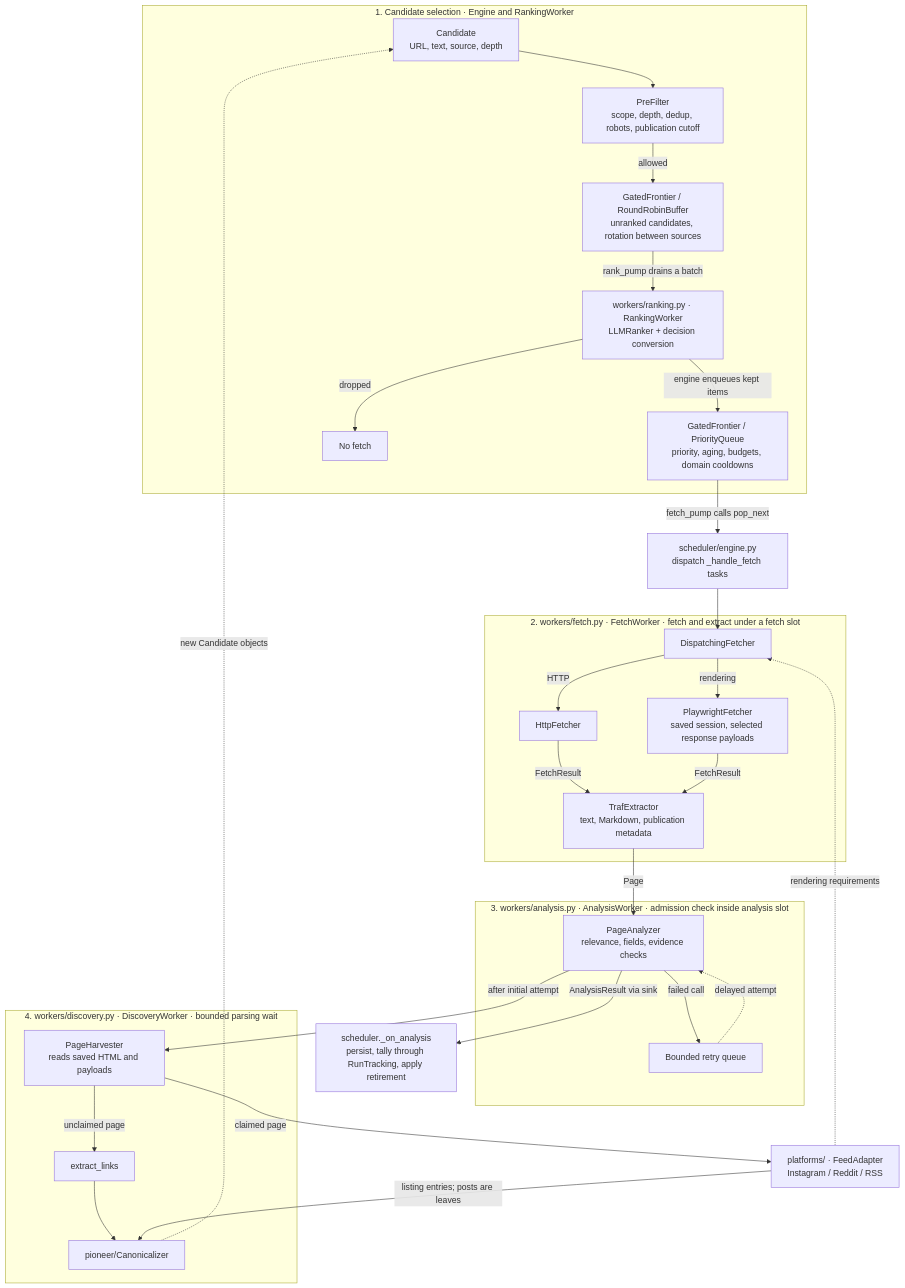
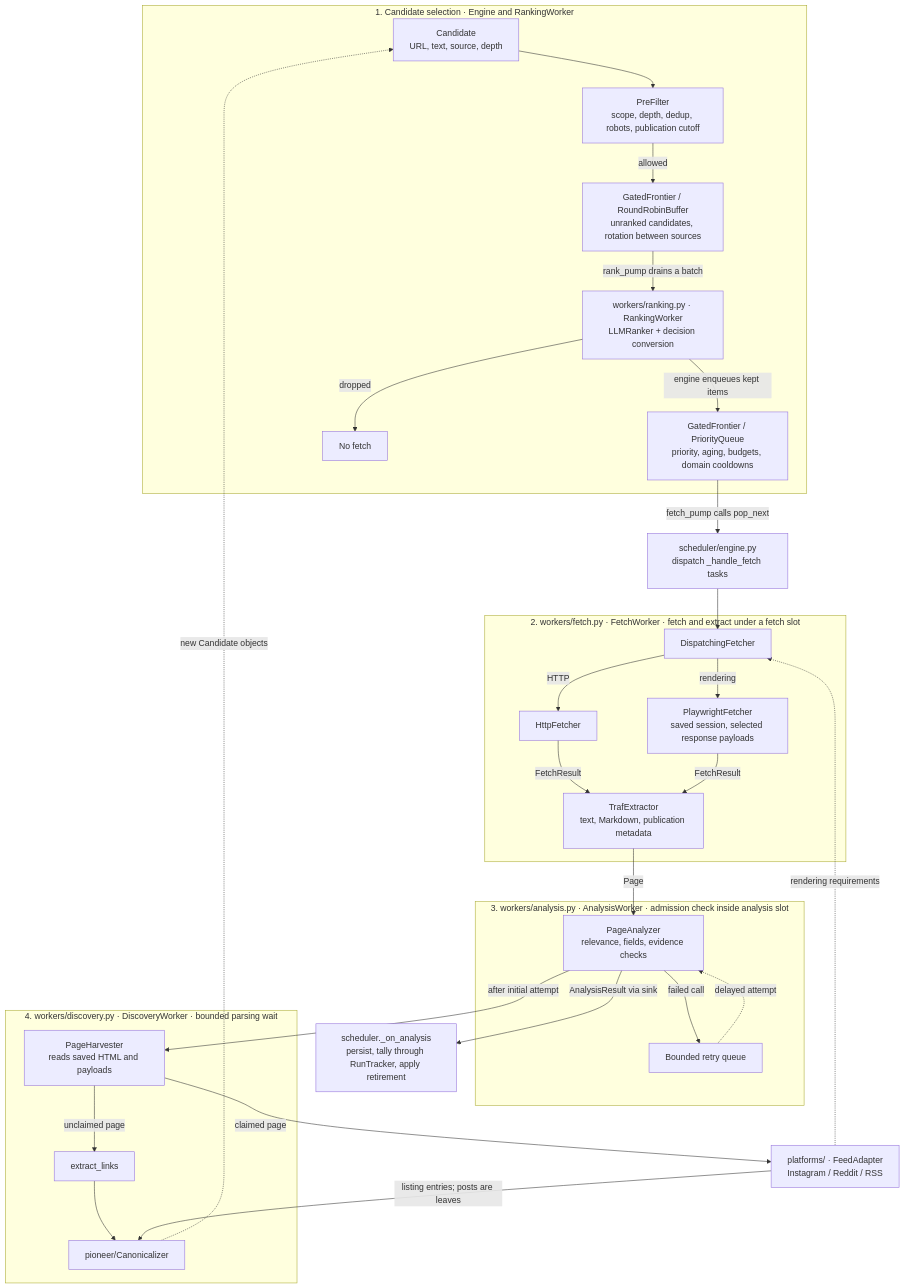
Before and after one commit to shixuan/crawl-me-maybe: the first of 2 diagrams in docs/arch.md, drawn with Mermaid. The commit also changed other lines of this file and 23 other files, not shown here.

````diff
--- a/docs/arch.md
+++ b/docs/arch.md
@@ -8,41 +8,41 @@
 ```mermaid
 flowchart TB
     subgraph pioneer["1. Candidate selection · Engine and RankingWorker"]
         candidates["Candidate<br>URL, text, source, depth"] --> filter["PreFilter<br>scope, depth, dedup, robots, publication cutoff"]
         filter -->|allowed| buffer["GatedFrontier / RoundRobinBuffer<br>unranked candidates, rotation between sources"]
         buffer -->|rank_pump drains a batch| ranker["workers/ranking.py · RankingWorker<br>LLMRanker + decision conversion"]
         ranker -->|engine enqueues kept items| queue["GatedFrontier / PriorityQueue<br>priority, aging, budgets, domain cooldowns"]
         ranker -->|dropped| dropped["No fetch"]
     end
 
     queue -->|fetch_pump calls pop_next| dispatch["scheduler/engine.py<br>dispatch _handle_fetch tasks"]
 
     subgraph digest["2. workers/fetch.py · FetchWorker · fetch and extract under a fetch slot"]
         fetcher[DispatchingFetcher] -->|HTTP| http[HttpFetcher]
         fetcher -->|rendering| browser["PlaywrightFetcher<br>saved session, selected response payloads"]
         http -->|FetchResult| extractor["TrafExtractor<br>text, Markdown, publication metadata"]
         browser -->|FetchResult| extractor
     end
     dispatch --> fetcher
 
     subgraph analysis["3. workers/analysis.py · AnalysisWorker · admission check inside analysis slot"]
         analyzer["PageAnalyzer<br>relevance, fields, evidence checks"]
         analyzer -->|failed call| retry["Bounded retry queue"]
         retry -. delayed attempt .-> analyzer
     end
     extractor -->|Page| analyzer
-    analyzer -->|AnalysisResult via sink| sink["scheduler._on_analysis<br>persist, tally through RunTracking, apply retirement"]
+    analyzer -->|AnalysisResult via sink| sink["scheduler._on_analysis<br>persist, tally through RunTracker, apply retirement"]
 
     subgraph discovery["4. workers/discovery.py · DiscoveryWorker · bounded parsing wait"]
         harvest["PageHarvester<br>reads saved HTML and payloads"]
         harvest -->|unclaimed page| links[extract_links]
         canonical["pioneer/Canonicalizer"]
         links --> canonical
     end
     adapters["platforms/ · FeedAdapter<br>Instagram / Reddit / RSS"]
     harvest -->|claimed page| adapters
     adapters -->|listing entries; posts are leaves| canonical
     adapters -. rendering requirements .-> fetcher
     analyzer -->|after initial attempt| harvest
     canonical -. new Candidate objects .-> candidates
 ```
````
